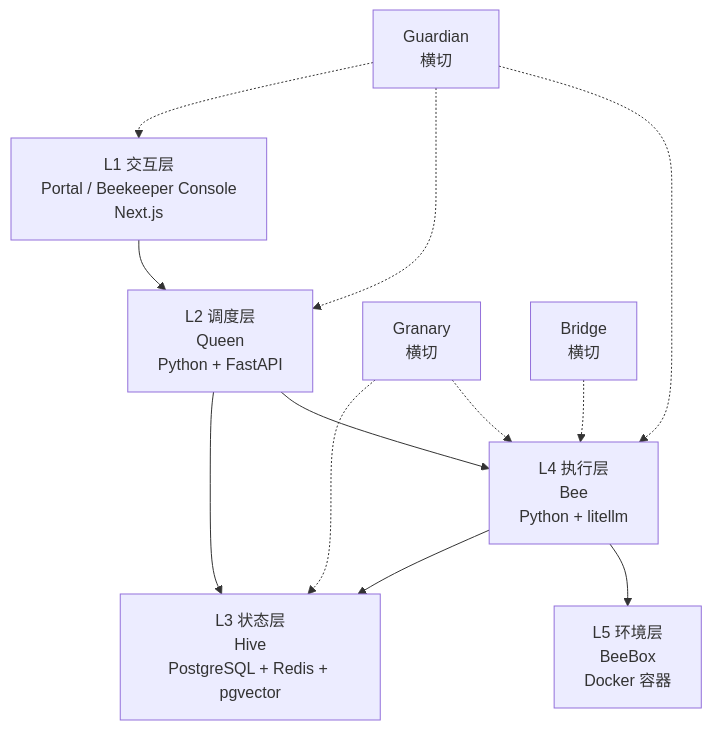
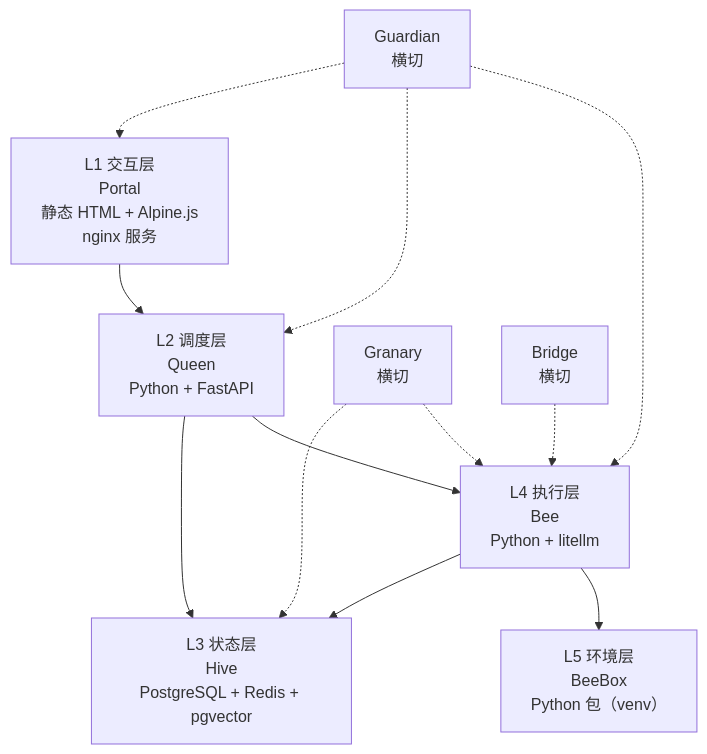
The fourth of 8 diagrams in docs/architecture/overview.md (chehuizi/beeOS), drawn with Mermaid before and after one commit. The commit also changed other lines of this file and 4 other files, not shown here.

````diff
--- a/docs/architecture/overview.md
+++ b/docs/architecture/overview.md
@@ -127,18 +127,18 @@
 ```mermaid
 graph TB
-    L1[L1 交互层<br/>Portal / Beekeeper Console<br/>Next.js]
+    L1[L1 交互层<br/>Portal<br/>静态 HTML + Alpine.js<br/>nginx 服务]
     L2[L2 调度层<br/>Queen<br/>Python + FastAPI]
     L3[L3 状态层<br/>Hive<br/>PostgreSQL + Redis + pgvector]
     L4[L4 执行层<br/>Bee<br/>Python + litellm]
-    L5[L5 环境层<br/>BeeBox<br/>Docker 容器]
+    L5[L5 环境层<br/>BeeBox<br/>Python 包（venv）]
 
     L1 --> L2
     L2 --> L3
     L2 --> L4
     L4 --> L3
     L4 --> L5
 
     GU[Guardian<br/>横切] -.-> L1 & L2 & L4
     GR[Granary<br/>横切] -.-> L3 & L4
     BR[Bridge<br/>横切] -.-> L4
 ```
````
